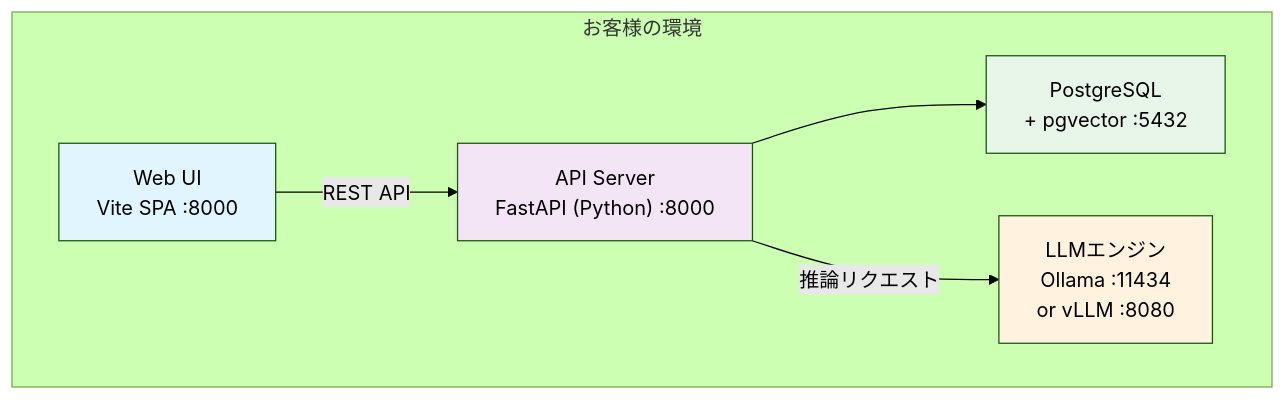
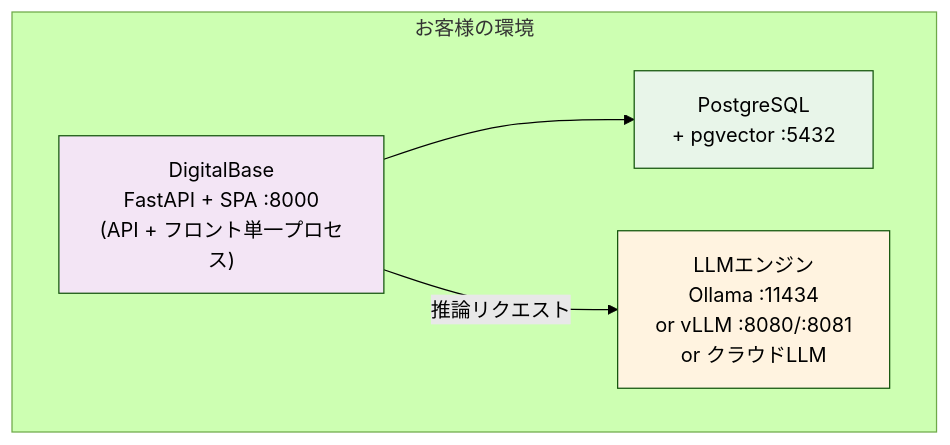
The diagram in docs/sales/PRODUCT_OVERVIEW.md (lmlight-app/dist_vite), drawn with Mermaid (forest theme) before and after one commit. The commit also changed other lines of this file and 58 other files, not shown here.

First line of the commit message:
Rebrand LM Light to DigitalBase and update docs

````diff
--- a/docs/sales/PRODUCT_OVERVIEW.md
+++ b/docs/sales/PRODUCT_OVERVIEW.md
@@ -159,18 +190,15 @@
 ```mermaid
 graph TB
     subgraph "お客様の環境"
-        WebUI["Web UI<br/>Vite SPA :8000"]
-        API["API Server<br/>FastAPI (Python) :8000"]
+        App["DigitalBase<br/>FastAPI + SPA :8000<br/>(API + フロント単一プロセス)"]
         DB["PostgreSQL<br/>+ pgvector :5432"]
-        LLM["LLMエンジン<br/>Ollama :11434<br/>or vLLM :8080"]
+        LLM["LLMエンジン<br/>Ollama :11434<br/>or vLLM :8080/:8081<br/>or クラウドLLM"]
 
-        WebUI -->|REST API| API
-        API --> DB
-        API -->|推論リクエスト| LLM
+        App --> DB
+        App -->|推論リクエスト| LLM
     end
 
-    style WebUI fill:#e1f5fe
-    style API fill:#f3e5f5
+    style App fill:#f3e5f5
     style DB fill:#e8f5e9
     style LLM fill:#fff3e0
 ```
````
